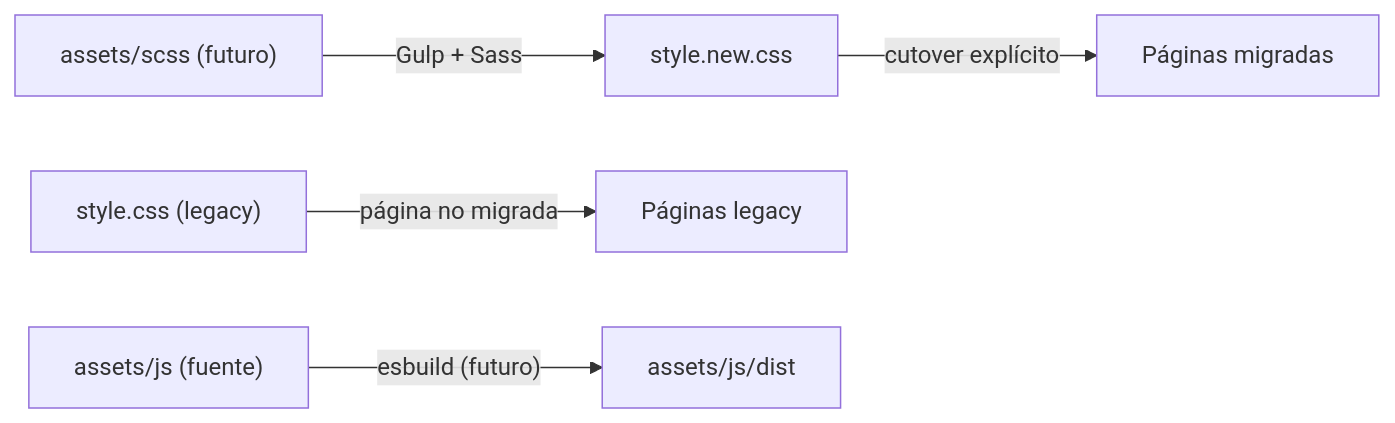
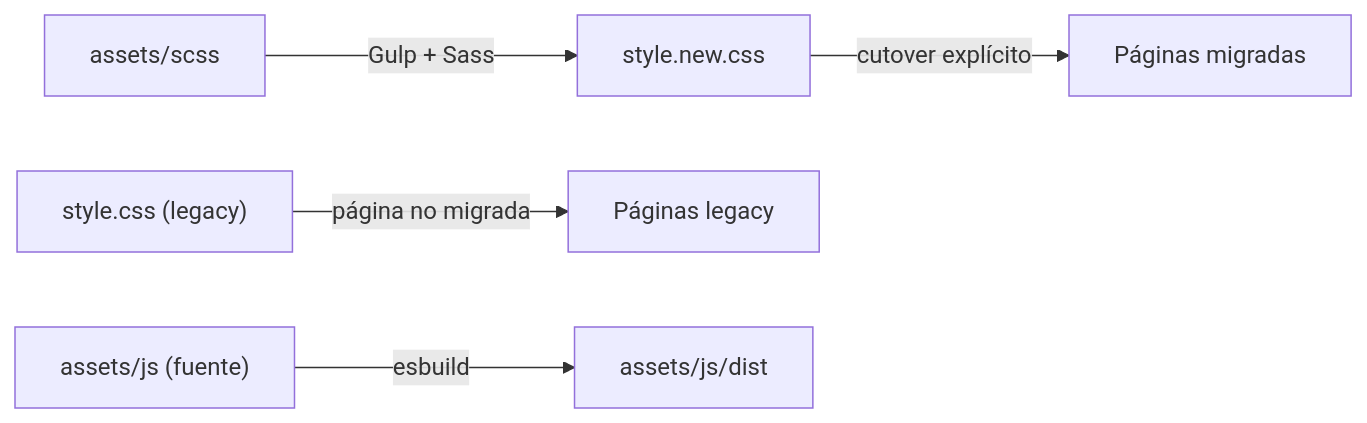
One commit to MaickR/clandestinoUSA changed the diagram in docs/ARQUITECTURA.md. Above: the diagram before and after it, drawn with Mermaid. The commit also changed other lines of this file and 8 other files, not shown here.

````diff
--- a/docs/ARQUITECTURA.md
+++ b/docs/ARQUITECTURA.md
@@ -31,8 +50,8 @@
 ```mermaid
 flowchart LR
-  scss["assets/scss (futuro)"] -->|Gulp + Sass| nuevo["style.new.css"]
+  scss["assets/scss"] -->|Gulp + Sass| nuevo["style.new.css"]
   legacy["style.css (legacy)"]
   legacy -->|página no migrada| p1["Páginas legacy"]
   nuevo -->|cutover explícito| p2["Páginas migradas"]
-  js["assets/js (fuente)"] -->|"esbuild (futuro)"| dist["assets/js/dist"]
+  js["assets/js (fuente)"] -->|esbuild| dist["assets/js/dist"]
 ```
````
